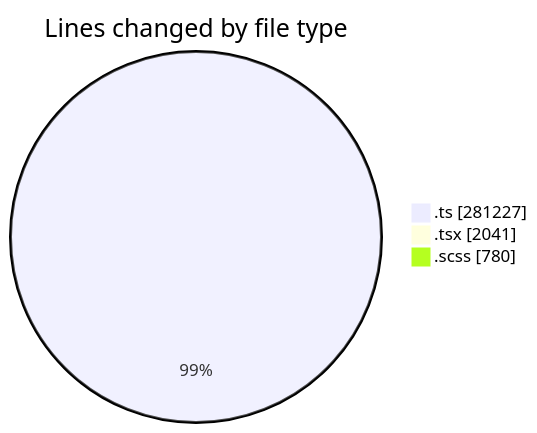
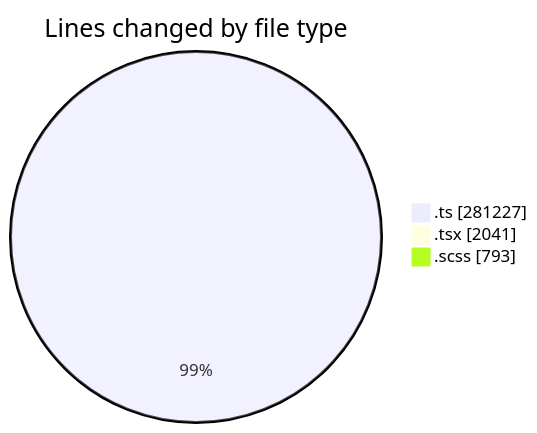
The first of 2 diagrams in 2025-08-22/cda/README.md (momahboobian/code-tracking), drawn with Mermaid before and after one commit. The commit also changed other lines of this file and 1 other file, not shown here.

````diff
--- a/2025-08-22/cda/README.md
+++ b/2025-08-22/cda/README.md
@@ -42,7 +42,7 @@
 ```mermaid
 pie showData
 title Lines changed by file type
 ".ts" : 281227
 ".tsx" : 2041
-".scss" : 780
+".scss" : 793
 ```
````
